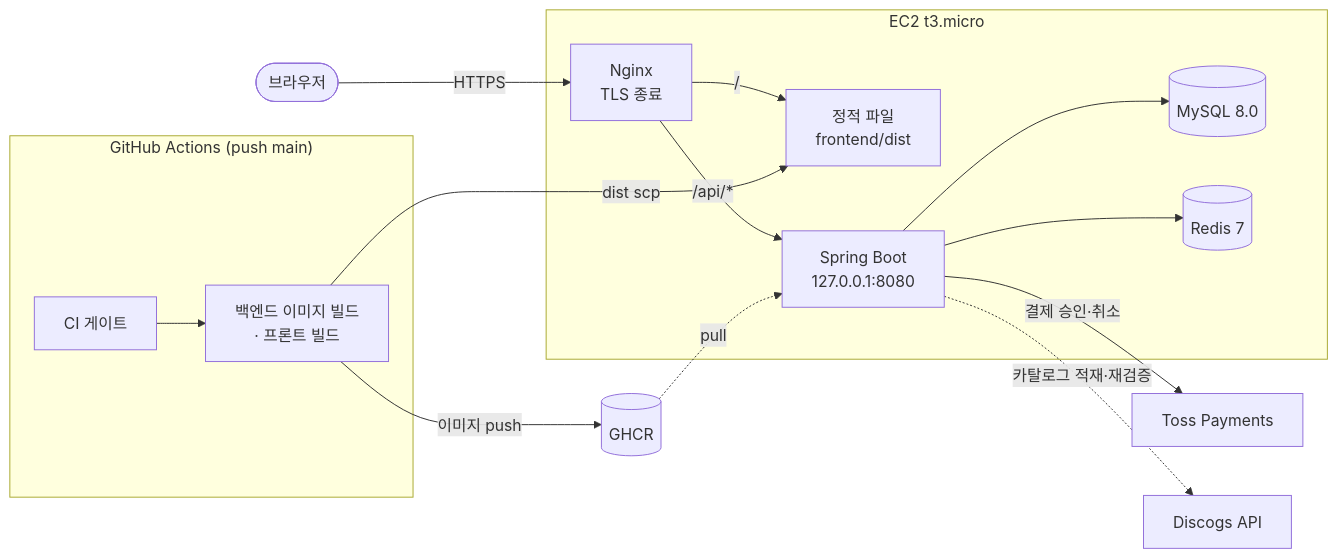
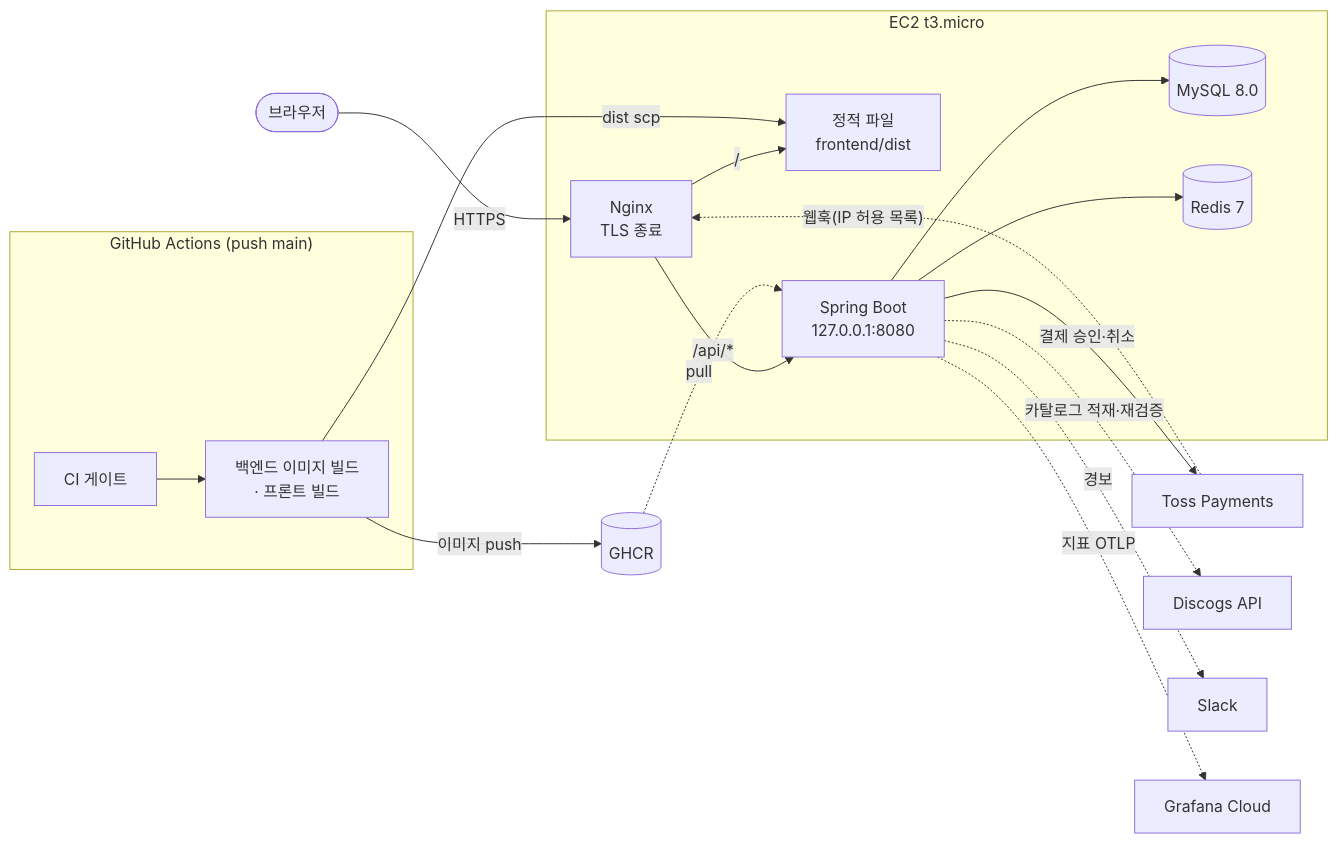
The diagram in README.md (heygw44/groove), drawn with Mermaid before and after one commit. The commit also changed other lines of this file and 1 other file, not shown here.

````diff
--- a/README.md
+++ b/README.md
@@ -50,32 +50,37 @@
 ```mermaid
 flowchart LR
     User(["브라우저"])
 
     subgraph GA["GitHub Actions (push main)"]
         CIGate["CI 게이트"] --> Build["백엔드 이미지 빌드<br/>· 프론트 빌드"]
     end
 
     GHCR[("GHCR")]
 
     subgraph EC2["EC2 t3.micro"]
         Nginx["Nginx<br/>TLS 종료"]
         Static["정적 파일<br/>frontend/dist"]
         Backend["Spring Boot<br/>127.0.0.1:8080"]
         MySQL[("MySQL 8.0")]
         Redis[("Redis 7")]
         Nginx -->|"/"| Static
         Nginx -->|"/api/*"| Backend
         Backend --> MySQL
         Backend --> Redis
     end
 
     Toss["Toss Payments"]
     Discogs["Discogs API"]
+    Slack["Slack"]
+    Grafana["Grafana Cloud"]
 
     User -->|HTTPS| Nginx
     Backend -->|결제 승인·취소| Toss
+    Toss -.->|"웹훅(IP 허용 목록)"| Nginx
     Backend -. 카탈로그 적재·재검증 .-> Discogs
+    Backend -.->|경보| Slack
+    Backend -.->|지표 OTLP| Grafana
     Build -->|이미지 push| GHCR
     Build -->|dist scp| Static
     GHCR -. pull .-> Backend
 ```
````
